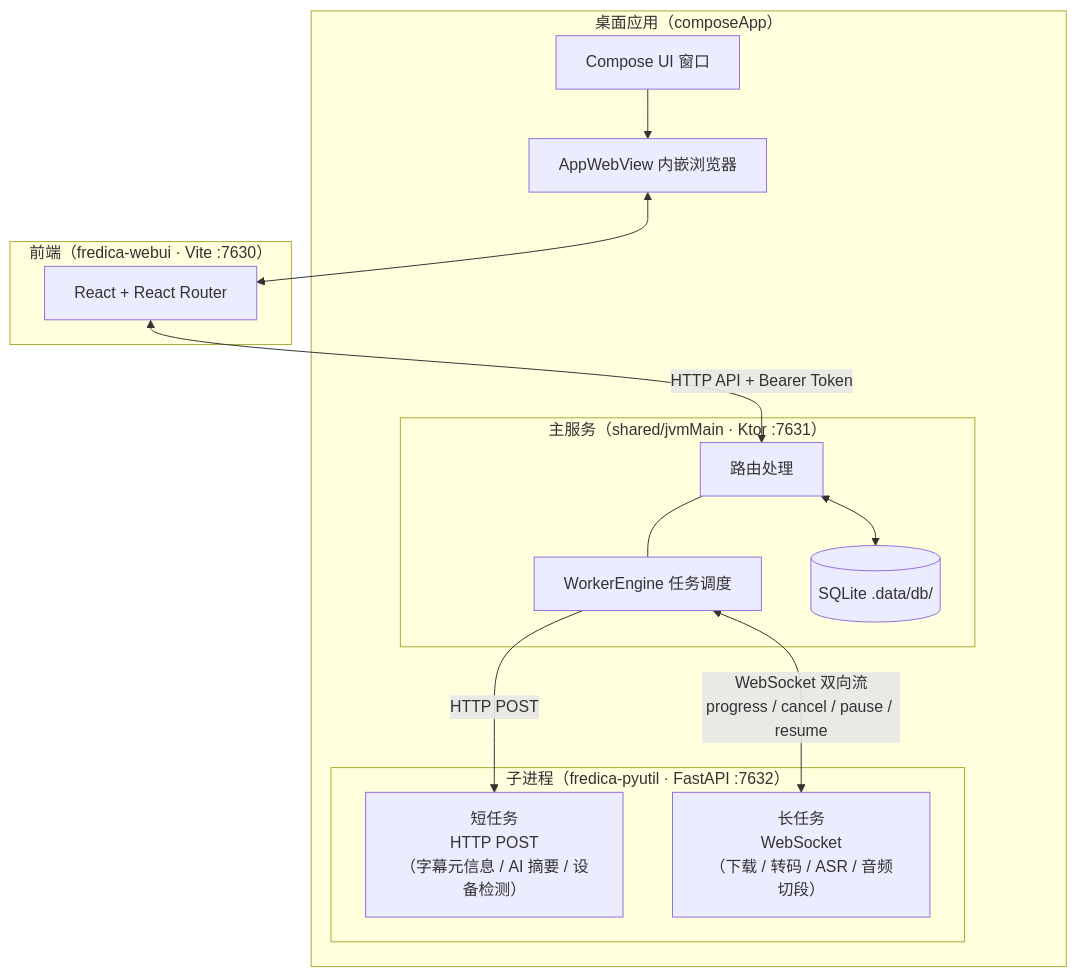
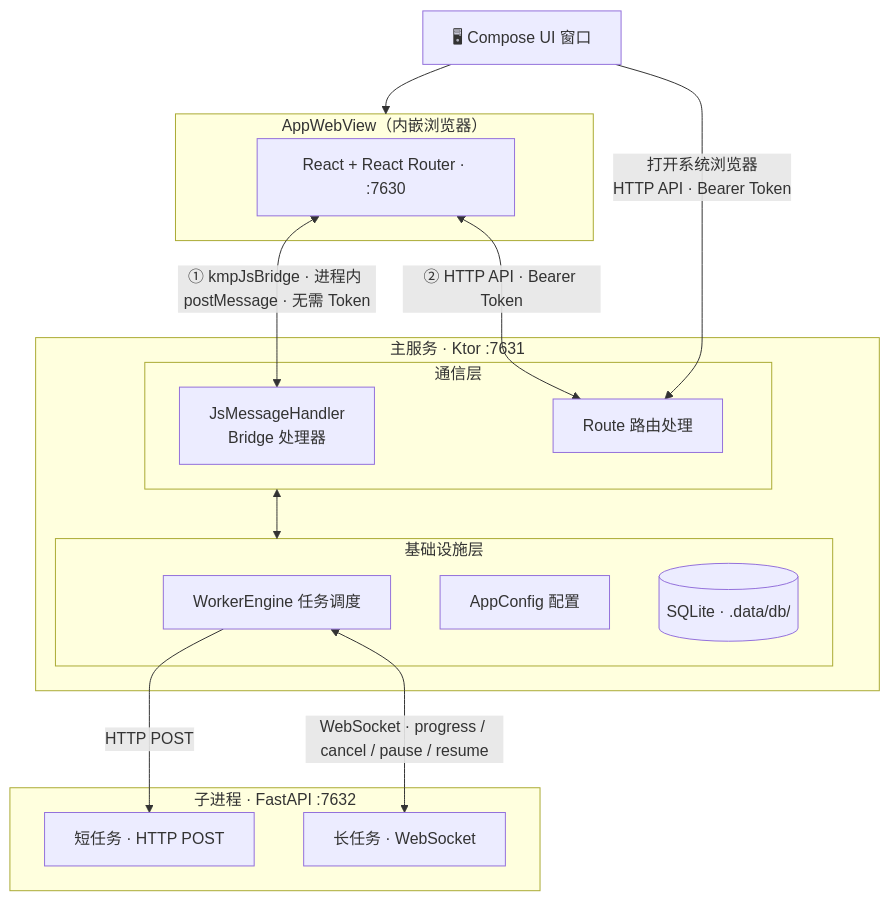
The diagram in docs/dev/architecture.md (project-fredica/fredica), drawn with Mermaid before and after one commit. The commit also changed other lines of this file and 29 other files, not shown here.

````diff
--- a/docs/dev/architecture.md
+++ b/docs/dev/architecture.md
@@ -12,30 +14,34 @@
 ```mermaid
 graph TB
-    subgraph Desktop["桌面应用（composeApp）"]
-        CUI[Compose UI 窗口]
-        WV[AppWebView 内嵌浏览器]
+    CUI["🖥 Compose UI 窗口"]
 
-        subgraph Backend["主服务（shared/jvmMain · Ktor :7631）"]
-            Ktor[路由处理]
-            Worker[WorkerEngine 任务调度]
-            DB[(SQLite .data/db/)]
+    subgraph WVBox["AppWebView（内嵌浏览器）"]
+        React["React + React Router · :7630"]
+    end
+
+    subgraph Backend["主服务 · Ktor :7631"]
+        subgraph CommLayer["通信层"]
+            Handlers["JsMessageHandler\nBridge 处理器"]
+            Ktor["Route 路由处理"]
         end
 
-        subgraph PyService["子进程（fredica-pyutil · FastAPI :7632）"]
-            PyShort["短任务\nHTTP POST\n（字幕元信息 / AI 摘要 / 设备检测）"]
-            PyLong["长任务\nWebSocket\n（下载 / 转码 / ASR / 音频切段）"]
+        subgraph Infra["基础设施层"]
+            Worker["WorkerEngine 任务调度"]
+            AppConfig["AppConfig 配置"]
+            DB[("SQLite · .data/db/")]
         end
     end
 
-    subgraph WebUI["前端（fredica-webui · Vite :7630）"]
-        React[React + React Router]
+    subgraph PyService["子进程 · FastAPI :7632"]
+        PyShort["短任务 · HTTP POST"]
+        PyLong["长任务 · WebSocket"]
     end
 
-    CUI --> WV
-    WV <--> React
-    React <-->|HTTP API + Bearer Token| Ktor
-    Ktor <--> DB
-    Ktor --- Worker
-    Worker -->|HTTP POST| PyShort
-    Worker <-->|WebSocket 双向流\nprogress / cancel / pause / resume| PyLong
+    CUI --> WVBox
+    CUI -->|"打开系统浏览器\nHTTP API · Bearer Token"| Ktor
+    React <-->|"① kmpJsBridge · 进程内 postMessage · 无需 Token"| Handlers
+    React <-->|"② HTTP API · Bearer Token"| Ktor
+    CommLayer <--> Infra
+    Worker -->|"HTTP POST"| PyShort
+    Worker <-->|"WebSocket · progress / cancel / pause / resume"| PyLong
 ```
````
